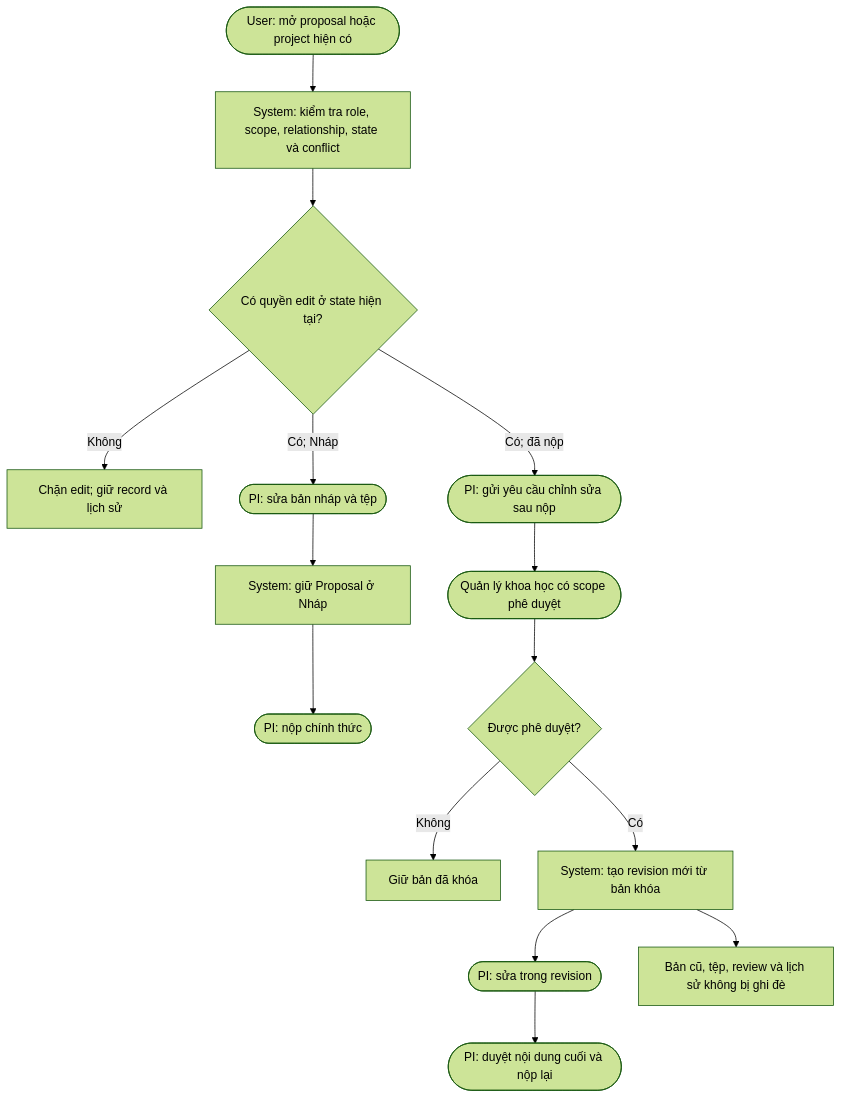
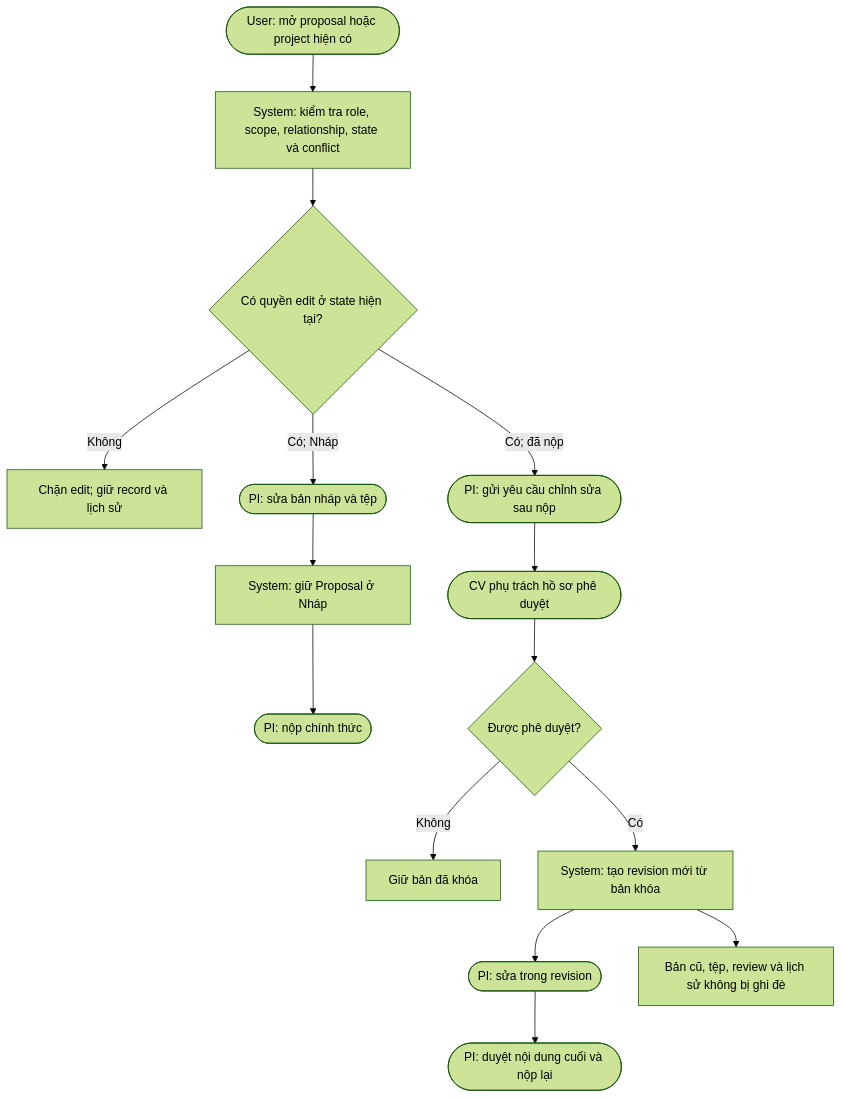
One commit to thanhdotien278/DocManS changed the diagram in docs/diagrams/document-editing.md. Above: the diagram before and after it, drawn with Mermaid (forest theme). The commit also changed 7 other files, not shown here.

````diff
--- a/docs/diagrams/document-editing.md
+++ b/docs/diagrams/document-editing.md
@@ -3,26 +3,26 @@
 ```mermaid
 flowchart TD
   open(["User: mở proposal hoặc project hiện có"])
   edit_check["System: kiểm tra role, scope, relationship, state và conflict"]
   allowed{"Có quyền edit ở state hiện tại?"}
   blocked["Chặn edit; giữ record và lịch sử"]
   draft_edit(["PI: sửa bản nháp và tệp"])
   save["System: giữ Proposal ở Nháp"]
   submit(["PI: nộp chính thức"])
   request(["PI: gửi yêu cầu chỉnh sửa sau nộp"])
-  approve(["Quản lý khoa học có scope phê duyệt"])
+  approve(["CV phụ trách hồ sơ phê duyệt"])
   approved{"Được phê duyệt?"}
   keep["Giữ bản đã khóa"]
   revision["System: tạo revision mới từ bản khóa"]
   revise(["PI: sửa trong revision"])
   final_submit(["PI: duyệt nội dung cuối và nộp lại"])
   immutable["Bản cũ, tệp, review và lịch sử không bị ghi đè"]
 
   open --> edit_check --> allowed
   allowed -- "Không" --> blocked
   allowed -- "Có; Nháp" --> draft_edit --> save --> submit
   allowed -- "Có; đã nộp" --> request --> approve --> approved
   approved -- "Không" --> keep
   approved -- "Có" --> revision --> revise --> final_submit
   revision --> immutable
 ```
````
